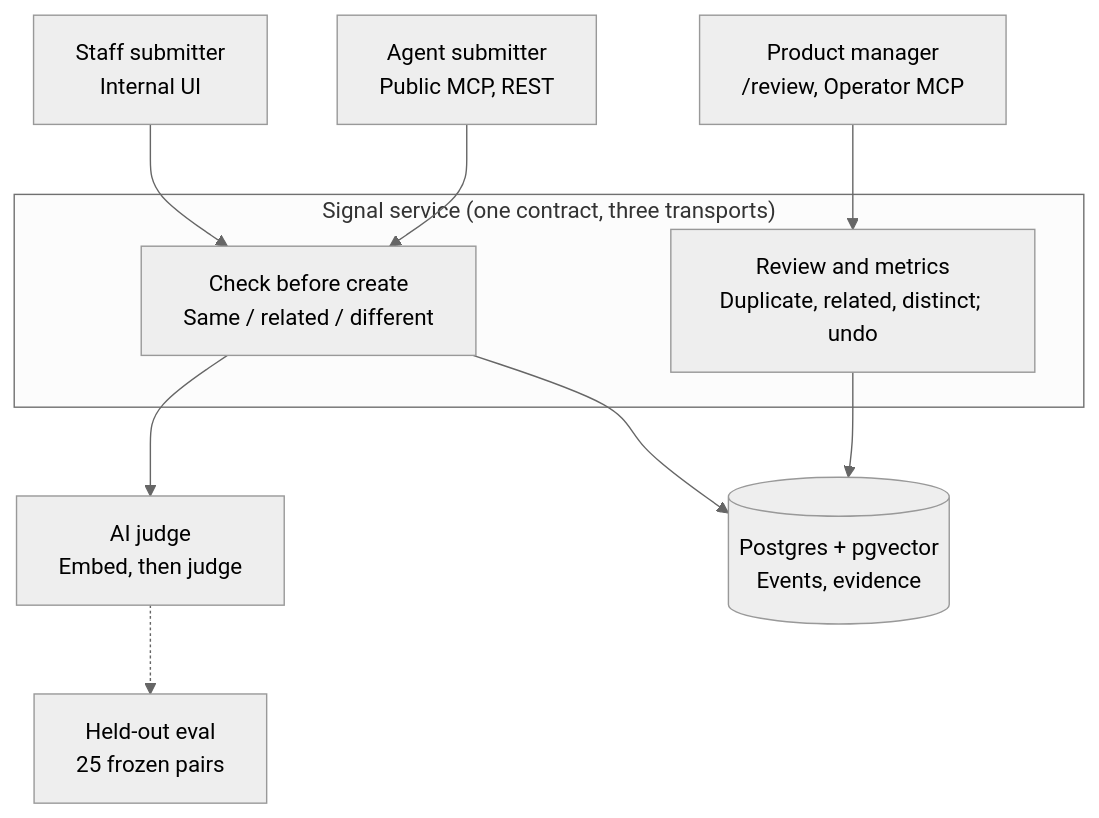
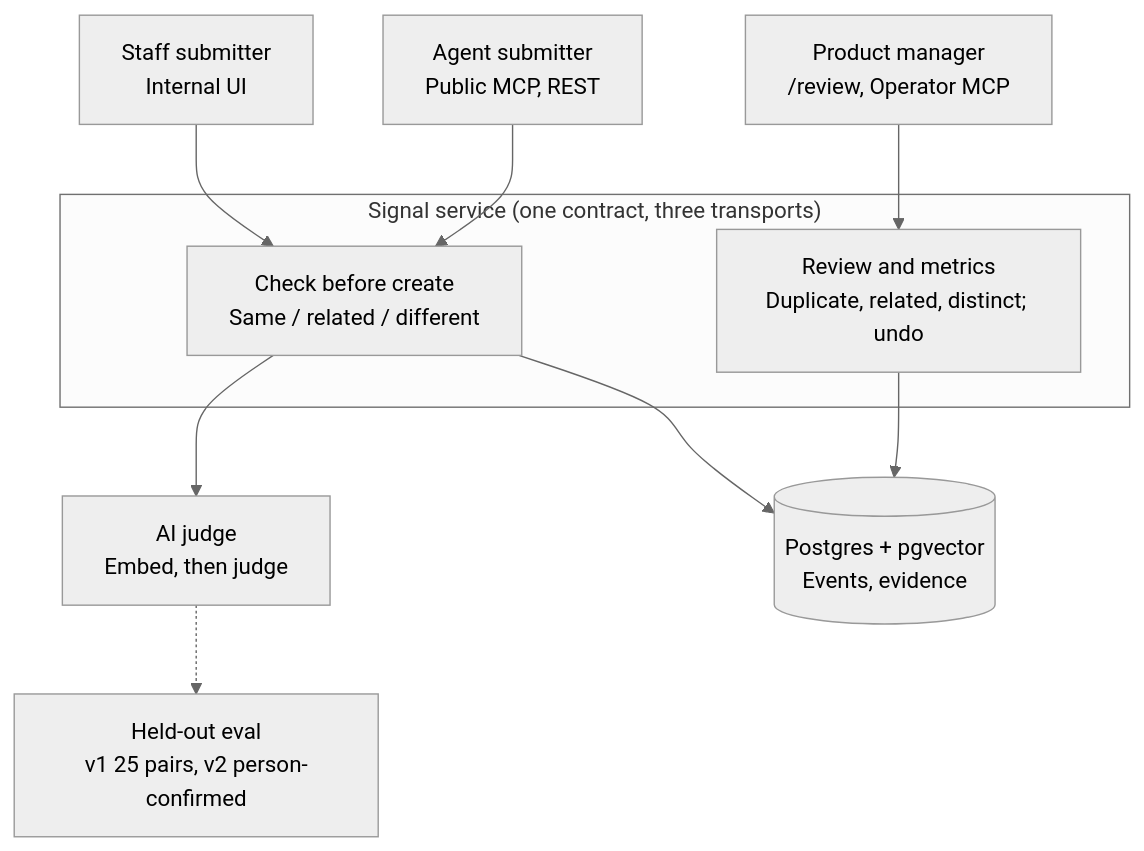
One commit to gaboesquivel/meta-cto changed the diagram in README.md. Above: the diagram before and after it, drawn with Mermaid (neutral theme). The commit also changed other lines of this file and 2 other files, not shown here.

Commit message:
docs: README surfaces and scripts for Signal; glossary and architecture drift (#31)

````diff
--- a/README.md
+++ b/README.md
@@ -9,23 +9,23 @@
 ```mermaid
 flowchart TB
   staff["Staff submitter<br/>Internal UI"]
   agent["Agent submitter<br/>Public MCP, REST"]
   pm["Product manager<br/>/review, Operator MCP"]
 
   subgraph service["Signal service (one contract, three transports)"]
     check["Check before create<br/>Same / related / different"]
     review["Review and metrics<br/>Duplicate, related, distinct; undo"]
   end
 
   judge["AI judge<br/>Embed, then judge"]
   db[("Postgres + pgvector<br/>Events, evidence")]
-  evals["Held-out eval<br/>25 frozen pairs"]
+  evals["Held-out eval<br/>v1 25 pairs, v2 person-confirmed"]
 
   staff --> check
   agent --> check
   pm --> review
   check --> judge
   check --> db
   review --> db
   judge -.-> evals
 ```
````
